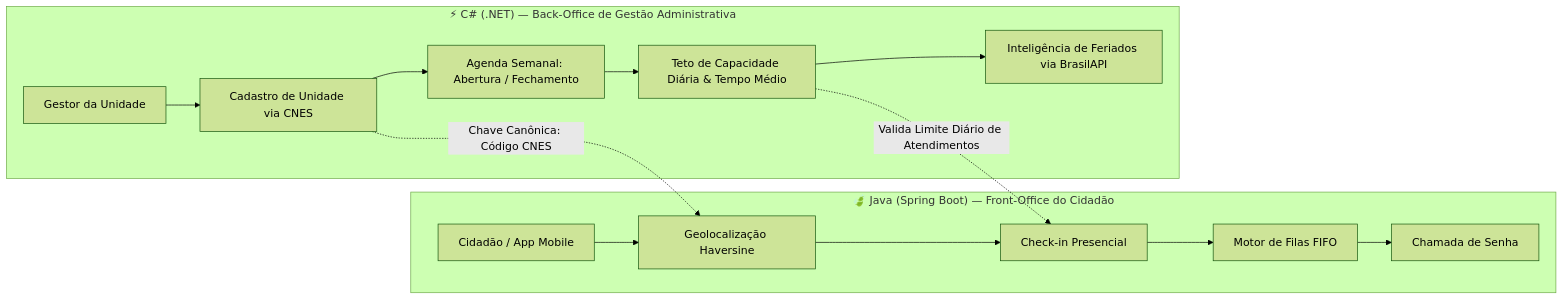
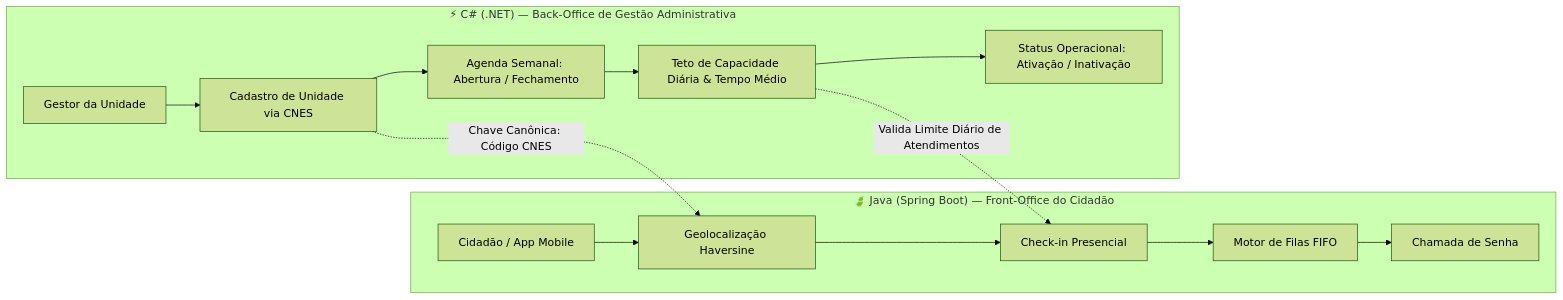
One commit to NexaGS/nexa-dotnet-gestao changed the first of 2 diagrams in README.md. Above: the diagram before and after it, drawn with Mermaid (forest theme). The commit also changed other lines of this file and 7 other files, not shown here.

````diff
--- a/README.md
+++ b/README.md
@@ -21,19 +21,19 @@
 ```mermaid
 flowchart LR
     subgraph SpringBoot ["🍃 Java (Spring Boot) — Front-Office do Cidadão"]
         A[Cidadão / App Mobile] --> B[Geolocalização Haversine]
         B --> C[Check-in Presencial]
         C --> D[Motor de Filas FIFO]
         D --> E[Chamada de Senha]
     end
 
     subgraph DotNet ["⚡ C# (.NET) — Back-Office de Gestão Administrativa"]
         G[Gestor da Unidade] --> H[Cadastro de Unidade via CNES]
         H --> I[Agenda Semanal: Abertura / Fechamento]
         I --> J[Teto de Capacidade Diária & Tempo Médio]
-        J --> K[Inteligência de Feriados via BrasilAPI]
+        J --> K[Status Operacional: Ativação / Inativação]
     end
 
     H -.->|Chave Canônica: Código CNES| B
     J -.->|Valida Limite Diário de Atendimentos| C
 ```
````
